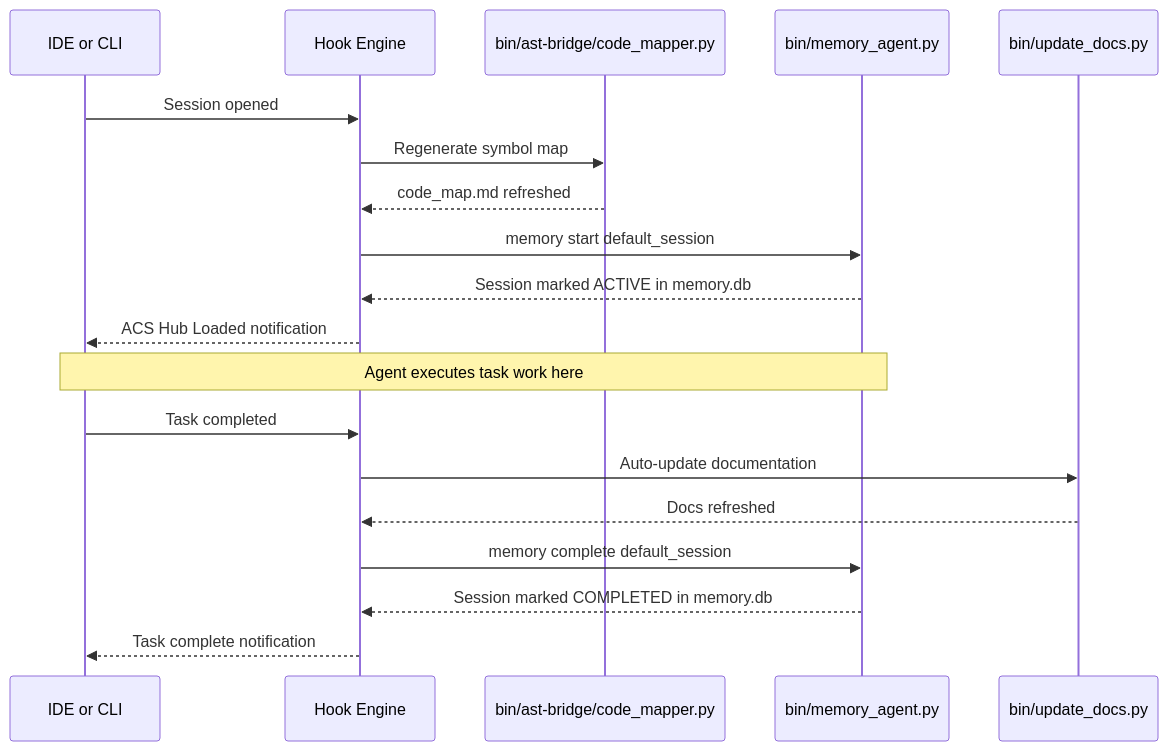
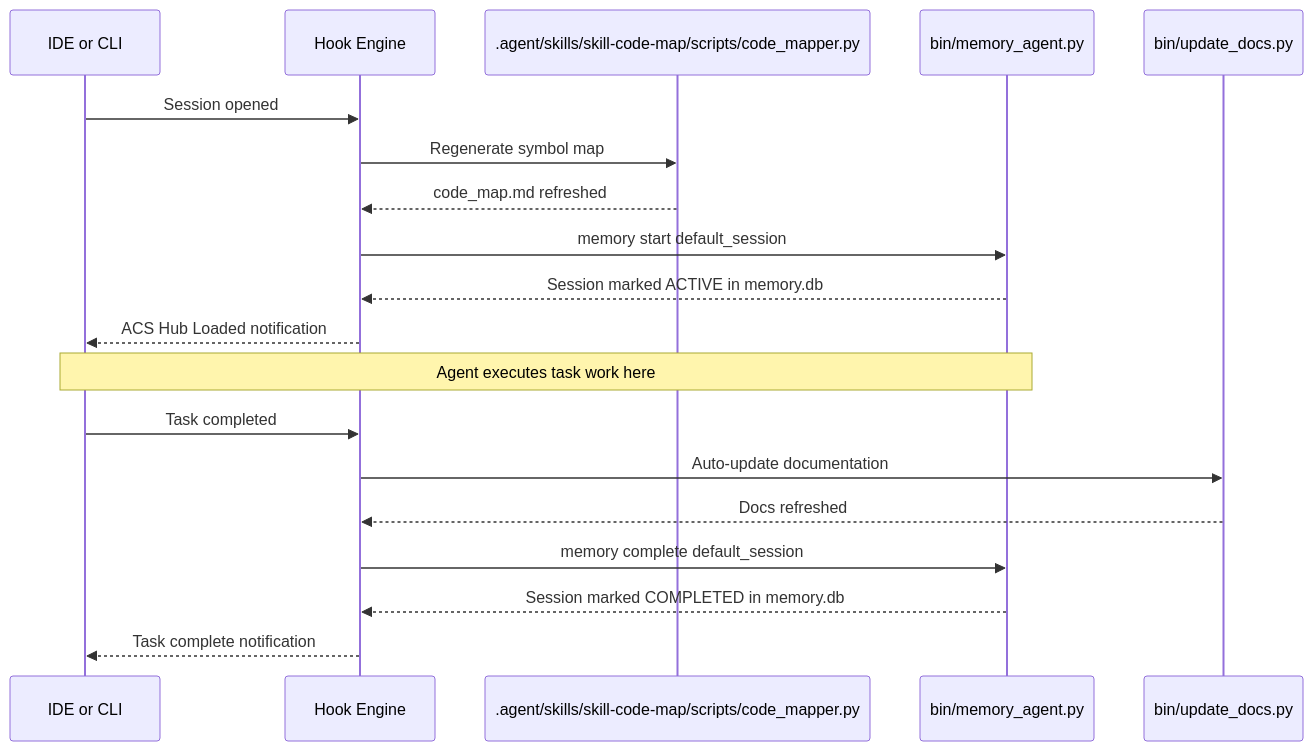
One commit to rb1whitney/agentic-project-factory changed the second of 7 diagrams in docs/agentic-factory-architecture.md. Above: the diagram before and after it, drawn with Mermaid. The commit also changed other lines of this file and 24 other files, not shown here.

First line of the commit message:
refactor: Collapse bin/ast-bridge into skill-code-map/scripts as the single AST toolchain

````diff
--- a/docs/agentic-factory-architecture.md
+++ b/docs/agentic-factory-architecture.md
@@ -55,24 +55,24 @@
 ```mermaid
 sequenceDiagram
     participant IDE as IDE or CLI
     participant HOOK as Hook Engine
-    participant AST as bin/ast-bridge/code_mapper.py
+    participant AST as .agent/skills/skill-code-map/scripts/code_mapper.py
     participant MEM as bin/memory_agent.py
     participant DOCS as bin/update_docs.py
 
     IDE->>HOOK: Session opened
     HOOK->>AST: Regenerate symbol map
     AST-->>HOOK: code_map.md refreshed
     HOOK->>MEM: memory start default_session
     MEM-->>HOOK: Session marked ACTIVE in memory.db
     HOOK-->>IDE: ACS Hub Loaded notification
 
     Note over IDE,MEM: Agent executes task work here
 
     IDE->>HOOK: Task completed
     HOOK->>DOCS: Auto-update documentation
     DOCS-->>HOOK: Docs refreshed
     HOOK->>MEM: memory complete default_session
     MEM-->>HOOK: Session marked COMPLETED in memory.db
     HOOK-->>IDE: Task complete notification
 ```
````
